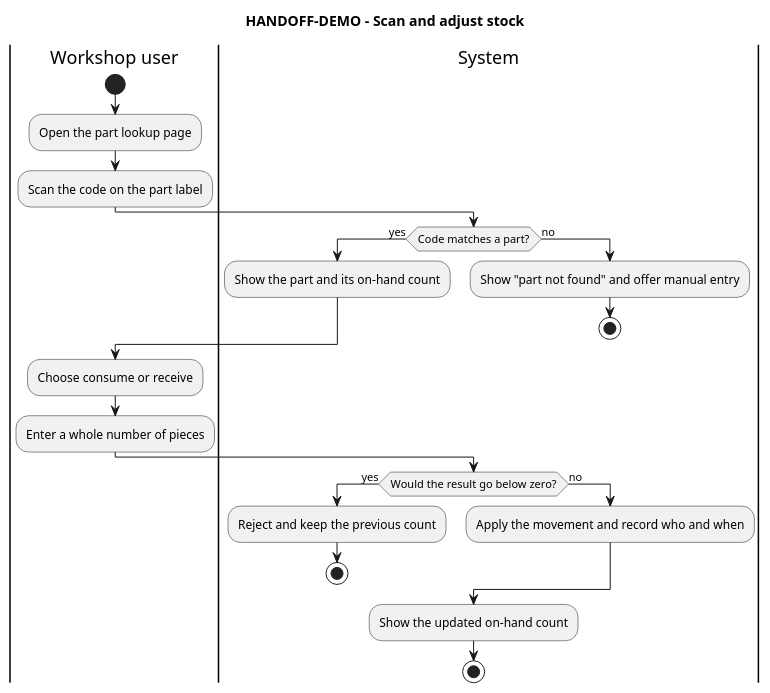
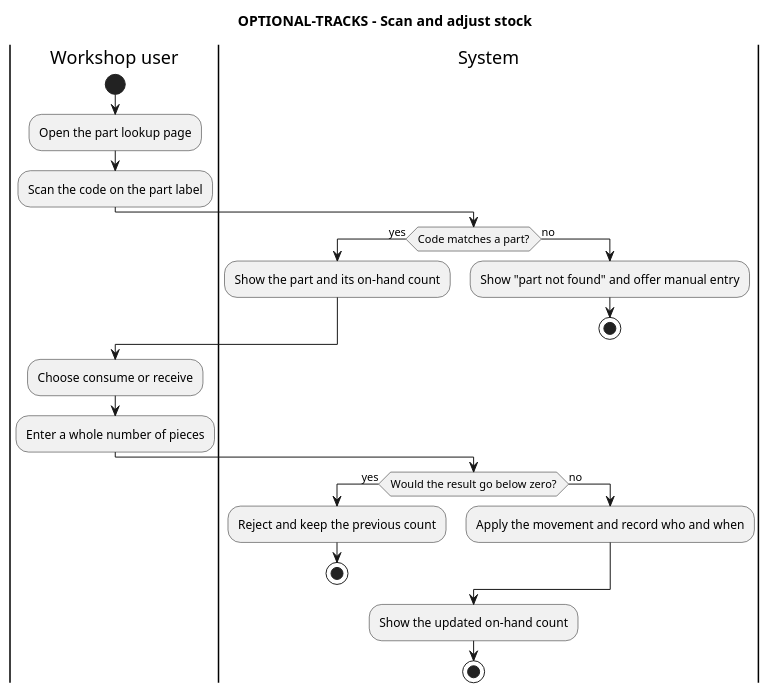
Before and after one commit to witchwasin/Axiom-PMO: the diagram in examples/OPTIONAL-TRACKS/DESIGN/FLOW.puml, drawn with PlantUML. The commit also changed 23 other files, not shown here.

```diff
--- a/examples/OPTIONAL-TRACKS/DESIGN/FLOW.puml
+++ b/examples/OPTIONAL-TRACKS/DESIGN/FLOW.puml
@@ -1,27 +1,27 @@
 @startuml
-title HANDOFF-DEMO - Scan and adjust stock
+title OPTIONAL-TRACKS - Scan and adjust stock
 
 |Workshop user|
 start
 :Open the part lookup page;
 :Scan the code on the part label;
 |System|
 if (Code matches a part?) then (yes)
   :Show the part and its on-hand count;
 else (no)
   :Show "part not found" and offer manual entry;
   stop
 endif
 |Workshop user|
 :Choose consume or receive;
 :Enter a whole number of pieces;
 |System|
 if (Would the result go below zero?) then (yes)
   :Reject and keep the previous count;
   stop
 else (no)
   :Apply the movement and record who and when;
 endif
 :Show the updated on-hand count;
 stop
 @enduml
```
